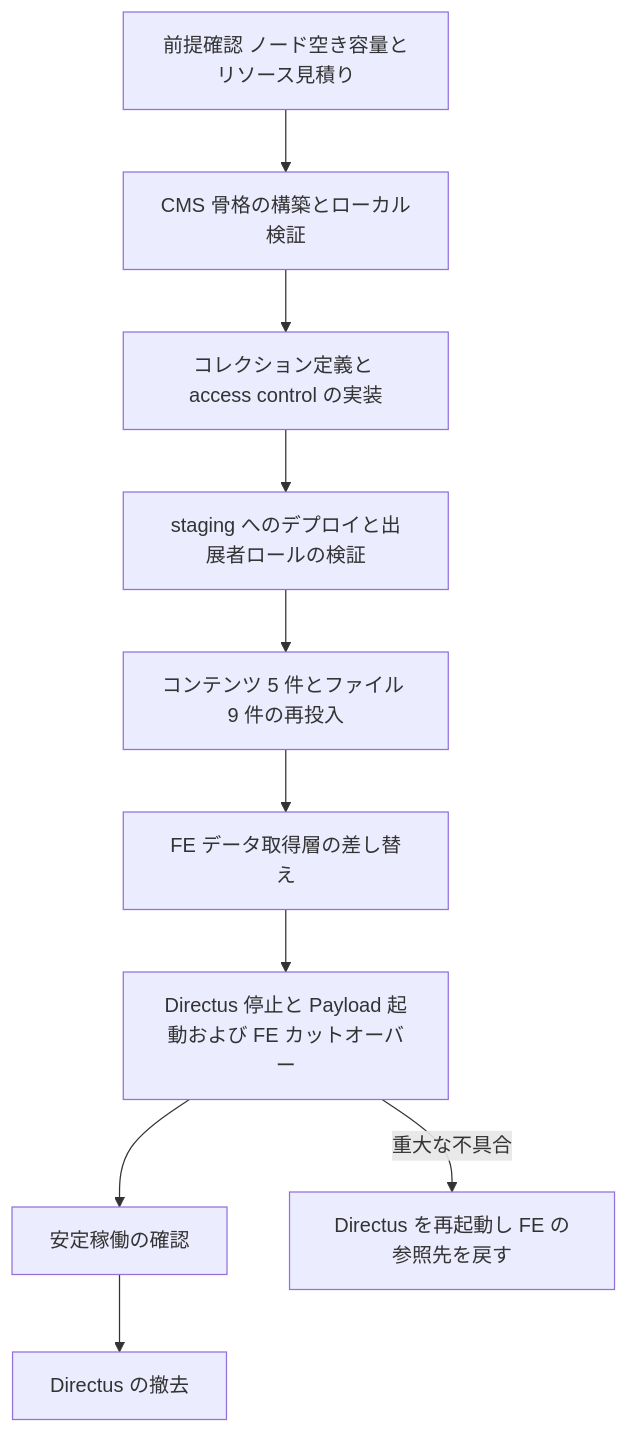
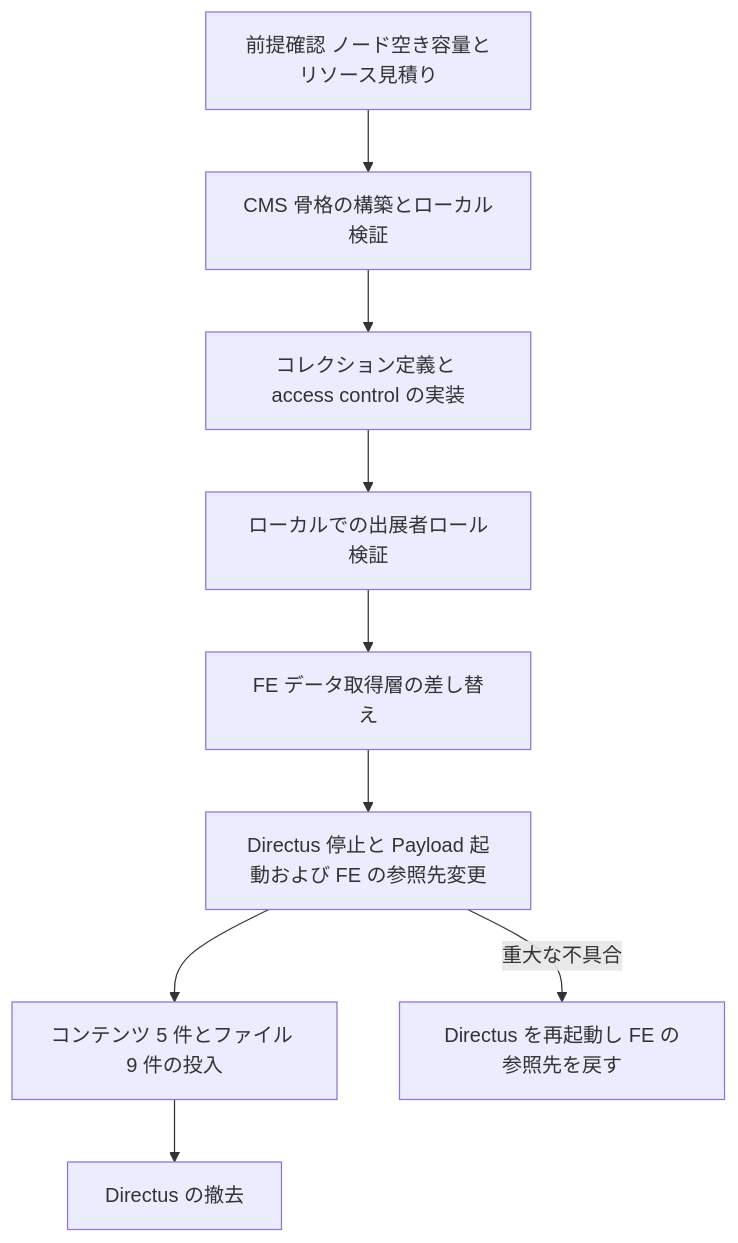
One commit to aramakisai/aramakisai-web changed the fourth of 4 diagrams in .kiro/specs/payload-cms-migration/design.md. Above: the diagram before and after it, drawn with Mermaid. The commit also changed other lines of this file and 113 other files, not shown here.

First line of the commit message:
feat(cms): Directus から Payload CMS へ移行する

````diff
--- a/.kiro/specs/payload-cms-migration/design.md
+++ b/.kiro/specs/payload-cms-migration/design.md
@@ -988,12 +1032,11 @@
 ```mermaid
 flowchart TB
     P0[前提確認 ノード空き容量とリソース見積り] --> P1[CMS 骨格の構築とローカル検証]
     P1 --> P2[コレクション定義と access control の実装]
-    P2 --> P3[staging へのデプロイと出展者ロールの検証]
-    P3 --> P4[コンテンツ 5 件とファイル 9 件の再投入]
-    P4 --> P5[FE データ取得層の差し替え]
-    P5 --> P6[Directus 停止と Payload 起動および FE カットオーバー]
-    P6 --> P7[安定稼働の確認]
-    P7 --> P8[Directus の撤去]
-    P6 -->|重大な不具合| RB[Directus を再起動し FE の参照先を戻す]
+    P2 --> P3[ローカルでの出展者ロール検証]
+    P3 --> P4[FE データ取得層の差し替え]
+    P4 --> P5[Directus 停止と Payload 起動および FE の参照先変更]
+    P5 --> P6[コンテンツ 5 件とファイル 9 件の投入]
+    P6 --> P7[Directus の撤去]
+    P5 -->|重大な不具合| RB[Directus を再起動し FE の参照先を戻す]
 ```
````
